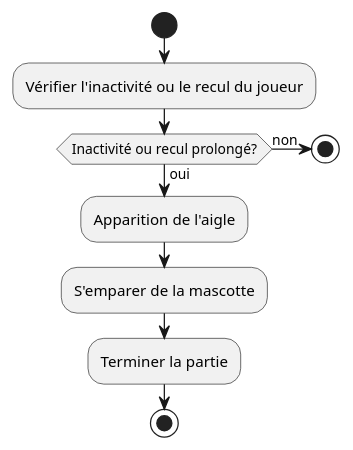
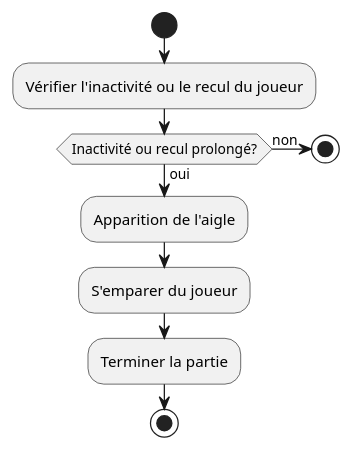
One commit to LosVerinos/Crossy-Road changed the diagram in Diagram/UseCase/eagle.puml. Above: the diagram before and after it, drawn with PlantUML. The commit also changed 9 other files, not shown here.

```diff
--- a/Diagram/UseCase/eagle.puml
+++ b/Diagram/UseCase/eagle.puml
@@ -1,13 +1,13 @@
 @startuml
 |Système|
 start
 :Vérifier l'inactivité ou le recul du joueur;
 if (Inactivité ou recul prolongé?) then (oui)
     :Apparition de l'aigle;
-    :S'emparer de la mascotte;
+    :S'emparer du joueur;
     :Terminer la partie;
 else (non)
     stop
 endif
 stop
 @enduml
```
